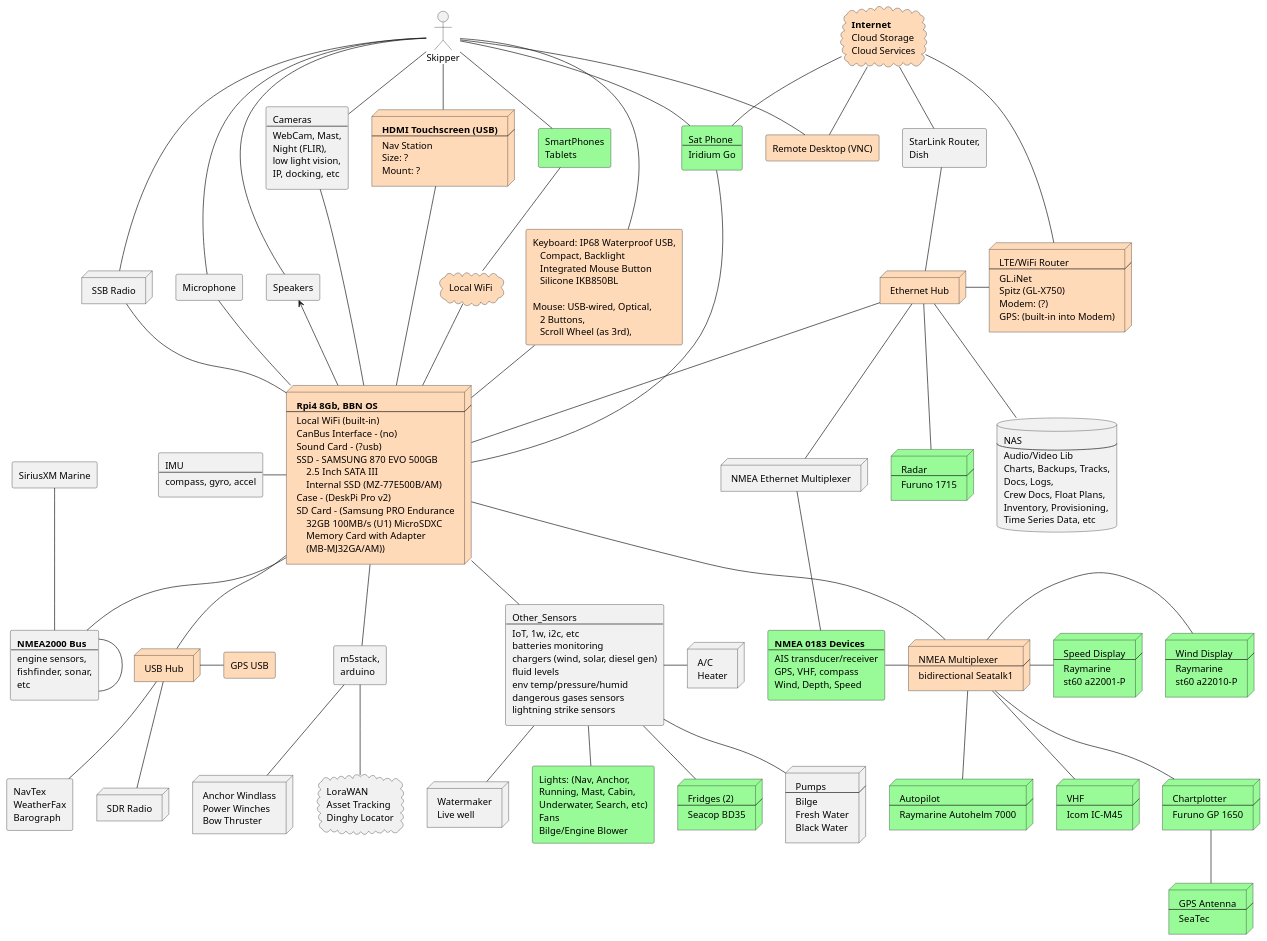
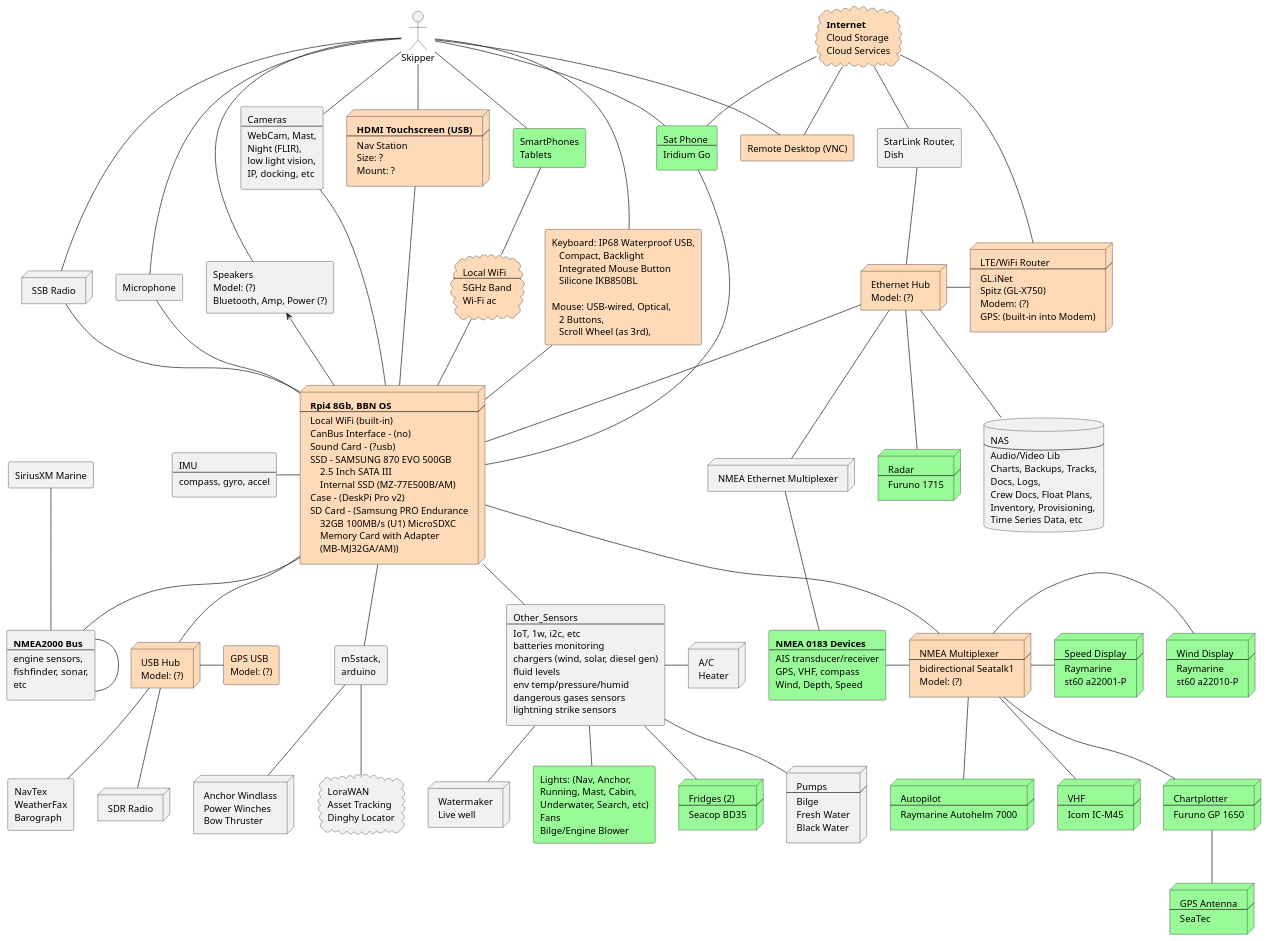
One commit to SY-Alcazar/SY-Alcazar changed the diagram in docs/plantuml/alcazar-system-arch.puml. Above: the diagram before and after it, drawn with PlantUML.

Commit message:
alcazar system arch

```diff
--- a/docs/plantuml/alcazar-system-arch.puml
+++ b/docs/plantuml/alcazar-system-arch.puml
@@ -22,6 +22,7 @@
 
 rectangle GPS #peachpuff [
  GPS USB
+ Model: (?)
 ]
 
 rectangle IMU [
@@ -42,6 +43,7 @@
  NMEA Multiplexer
  ----
  bidirectional Seatalk1
+ Model: (?)
 ]
 
 node NMEA_Eth_Mux [
@@ -82,10 +84,12 @@
 
 node Eth_Hub #peachpuff [
  Ethernet Hub
+ Model: (?)
 ]
 
 node USB_Hub #peachpuff [
  USB Hub
+ Model: (?)
 ]
 
 node Router #peachpuff [
@@ -118,6 +122,8 @@
 
 rectangle Speakers [
  Speakers
+ Model: (?)
+ Bluetooth, Amp, Power (?)
 ]
 
 rectangle Mic [
@@ -143,6 +149,9 @@
 
 cloud WiFi_Local #peachpuff [
  Local WiFi
+ ----
+ 5GHz Band
+ Wi-Fi ac
 ]
 
 rectangle Iridium #palegreen [
```
